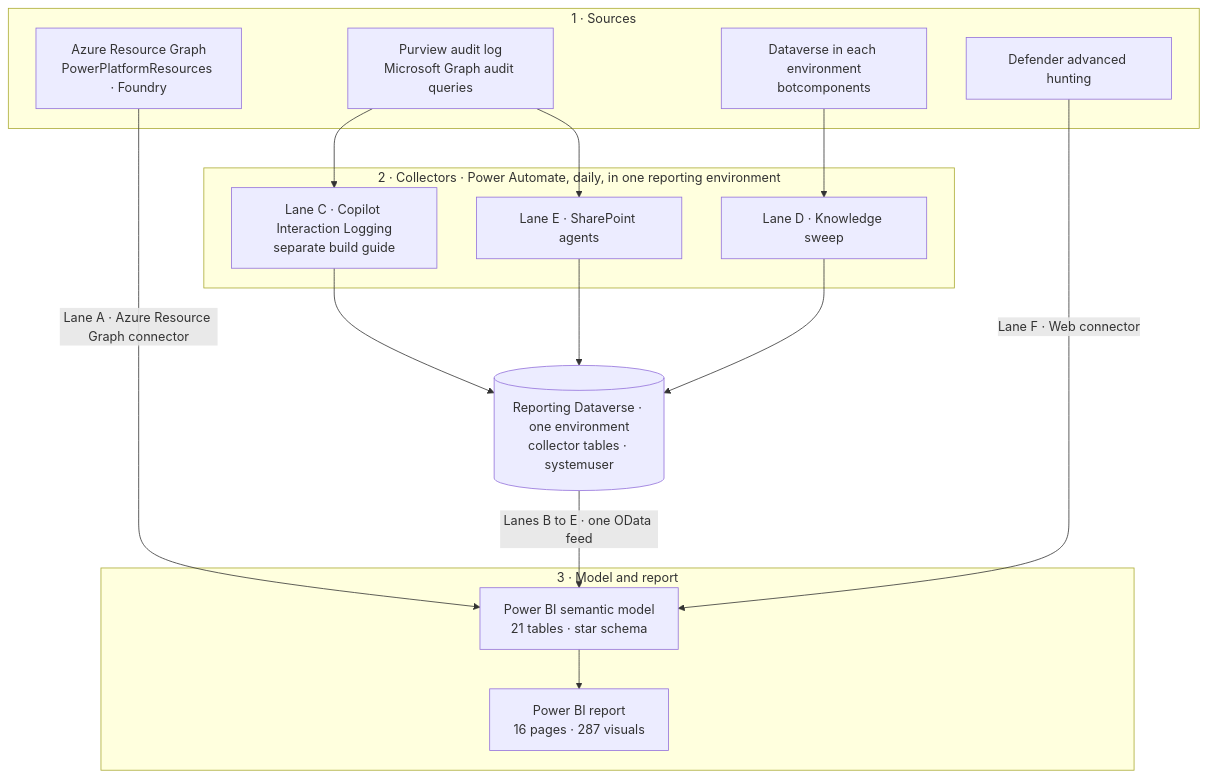
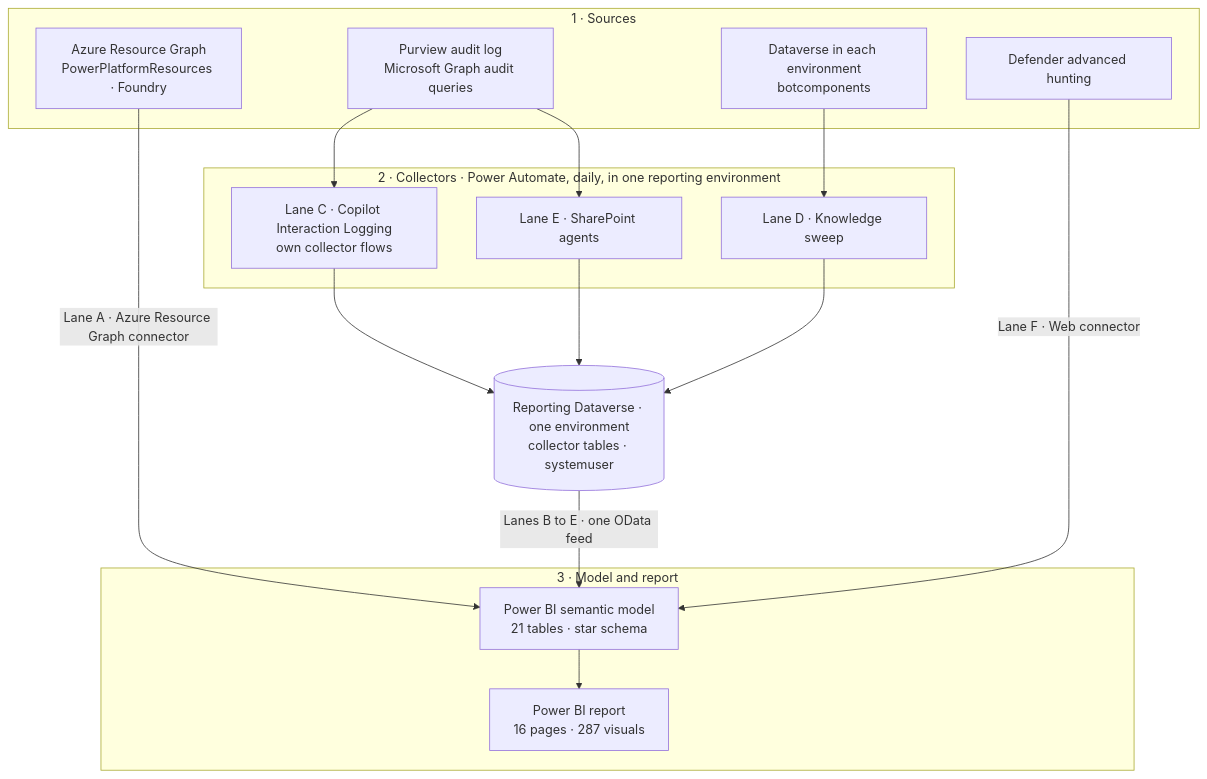
Before and after one commit to RyanBowie/custom-agent-reporting-architecture: the diagram in README.md, drawn with Mermaid. The commit also changed other lines of this file and 3 other files, not shown here.

First line of the commit message:
Link page numbers to their lineage rows; describe the site as an architecture showcase

````diff
--- a/README.md
+++ b/README.md
@@ -40,29 +43,29 @@
 ```mermaid
 flowchart TB
   subgraph S["1 · Sources"]
     ARG["Azure Resource Graph<br/>PowerPlatformResources · Foundry"]
     AUD["Purview audit log<br/>Microsoft Graph audit queries"]
     ENV["Dataverse in each environment<br/>botcomponents"]
     DEF["Defender advanced hunting"]
   end
   subgraph C["2 · Collectors · Power Automate, daily, in one reporting environment"]
-    LC["Lane C · Copilot Interaction Logging<br/>separate build guide"]
+    LC["Lane C · Copilot Interaction Logging<br/>own collector flows"]
     LE["Lane E · SharePoint agents"]
     LD["Lane D · Knowledge sweep"]
   end
   STORE[("Reporting Dataverse · one environment<br/>collector tables · systemuser")]
   subgraph M["3 · Model and report"]
     SM["Power BI semantic model<br/>21 tables · star schema"]
     RPT["Power BI report<br/>16 pages · 287 visuals"]
   end
   AUD --> LC
   AUD --> LE
   ENV --> LD
   LC --> STORE
   LE --> STORE
   LD --> STORE
   ARG -- "Lane A · Azure Resource Graph connector" --> SM
   STORE -- "Lanes B to E · one OData feed" --> SM
   DEF -- "Lane F · Web connector" --> SM
   SM --> RPT
 ```
````
